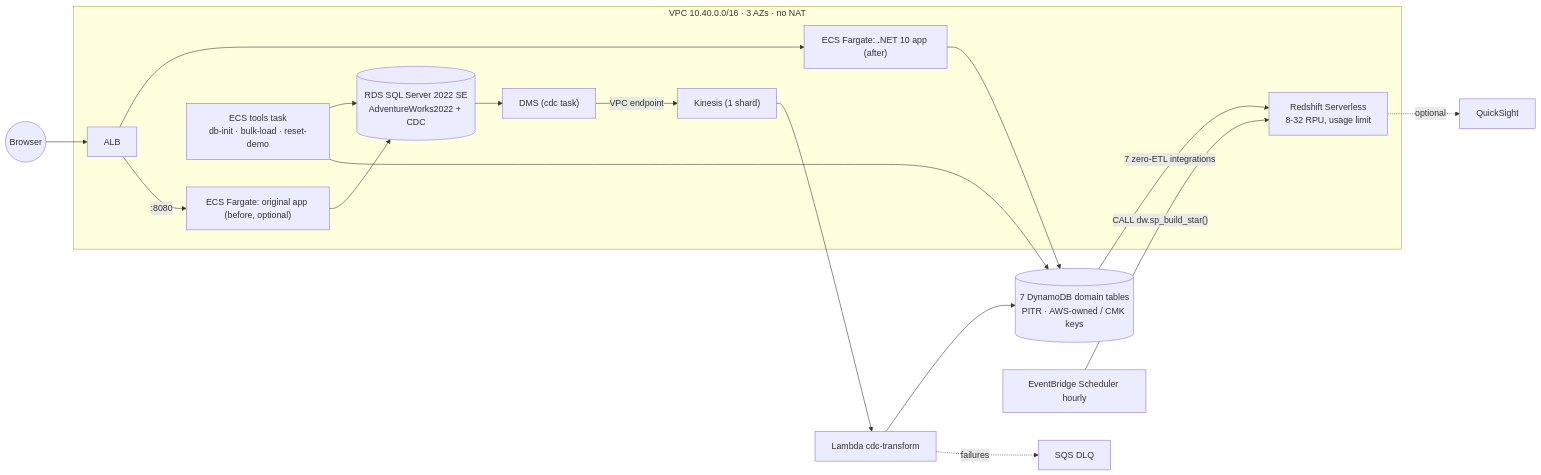
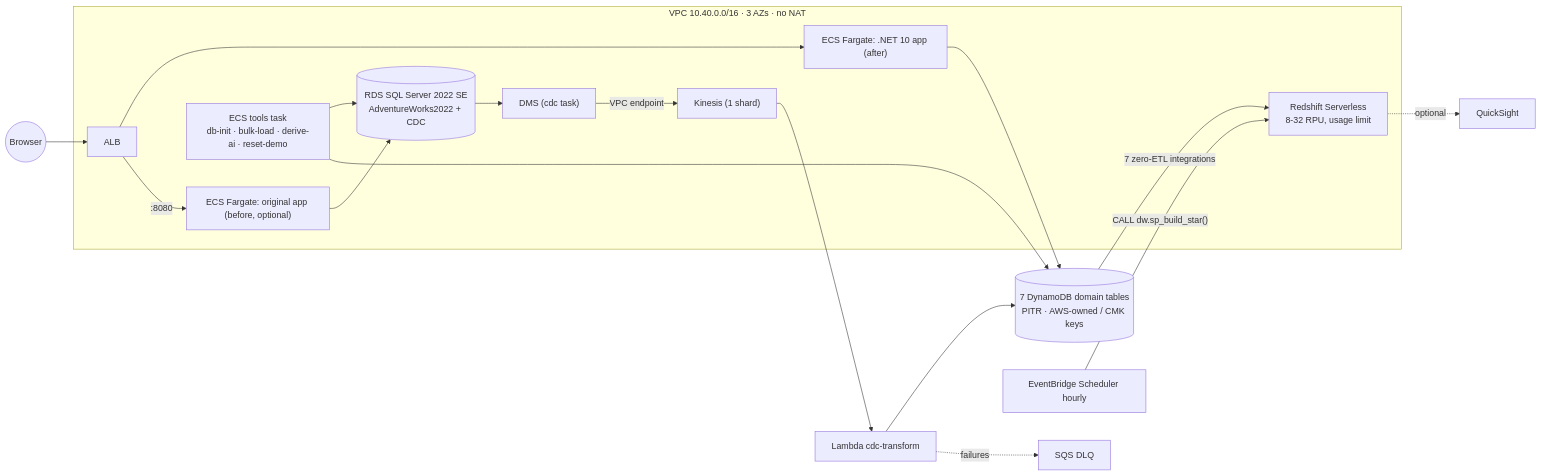
One commit to zander-zilla/AdventureWorks.Web changed the diagram in docs/aws-setup.md. Above: the diagram before and after it, drawn with Mermaid. The commit also changed other lines of this file and 3 other files, not shown here.

````diff
--- a/docs/aws-setup.md
+++ b/docs/aws-setup.md
@@ -9,19 +9,19 @@
 ```mermaid
 flowchart LR
   U((Browser)) --> ALB
   subgraph VPC["VPC 10.40.0.0/16 · 3 AZs · no NAT"]
     ALB --> AFTER["ECS Fargate: .NET 10 app (after)"]
     ALB -- ":8080" --> BEFORE["ECS Fargate: original app (before, optional)"]
     BEFORE --> RDS[("RDS SQL Server 2022 SE<br/>AdventureWorks2022 + CDC")]
-    TOOLS["ECS tools task<br/>db-init · bulk-load · reset-demo"] --> RDS
+    TOOLS["ECS tools task<br/>db-init · bulk-load · derive-ai · reset-demo"] --> RDS
     RDS --> DMS["DMS (cdc task)"] -- "VPC endpoint" --> KIN["Kinesis (1 shard)"]
     RS["Redshift Serverless<br/>8-32 RPU, usage limit"]
   end
   KIN --> L["Lambda cdc-transform"] --> DDB[("7 DynamoDB domain tables<br/>PITR · AWS-owned / CMK keys")]
   L -. failures .-> DLQ[SQS DLQ]
   AFTER --> DDB
   TOOLS --> DDB
   DDB -- "7 zero-ETL integrations" --> RS
   SCHED["EventBridge Scheduler hourly"] -- "CALL dw.sp_build_star()" --> RS
   RS -. optional .-> QS[QuickSight]
 ```
````
